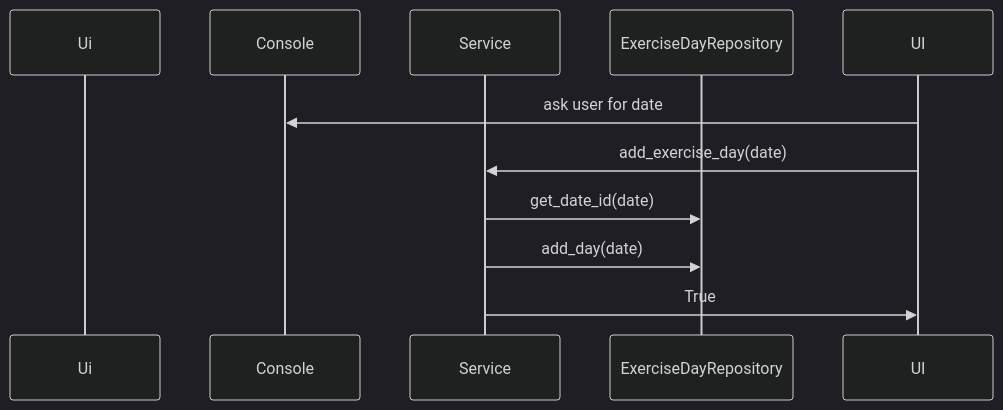
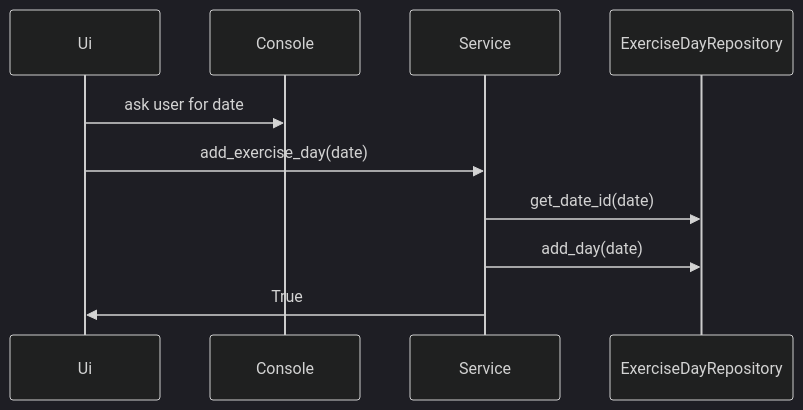
Before and after one commit to JoJoensuu/ot-harjoitustyo: the second of 3 diagrams in python-strenght-training-app/Dokumentaatio/arkkitehtuuri.md, drawn with Mermaid (dark theme). The commit also changed other lines of this file, not shown here.

````diff
--- a/python-strenght-training-app/Dokumentaatio/arkkitehtuuri.md
+++ b/python-strenght-training-app/Dokumentaatio/arkkitehtuuri.md
@@ -58,12 +58,12 @@
 ```mermaid
 sequenceDiagram
   participant Ui
   participant Console
   participant Service
   participant ExerciseDayRepository
-  UI->>Console: ask user for date
-  UI->>Service: add_exercise_day(date)
+  Ui->>Console: ask user for date
+  Ui->>Service: add_exercise_day(date)
   Service->>ExerciseDayRepository: get_date_id(date)
   Service->>ExerciseDayRepository: add_day(date)
-  Service->>UI: True
+  Service->>Ui: True
 ```
````
